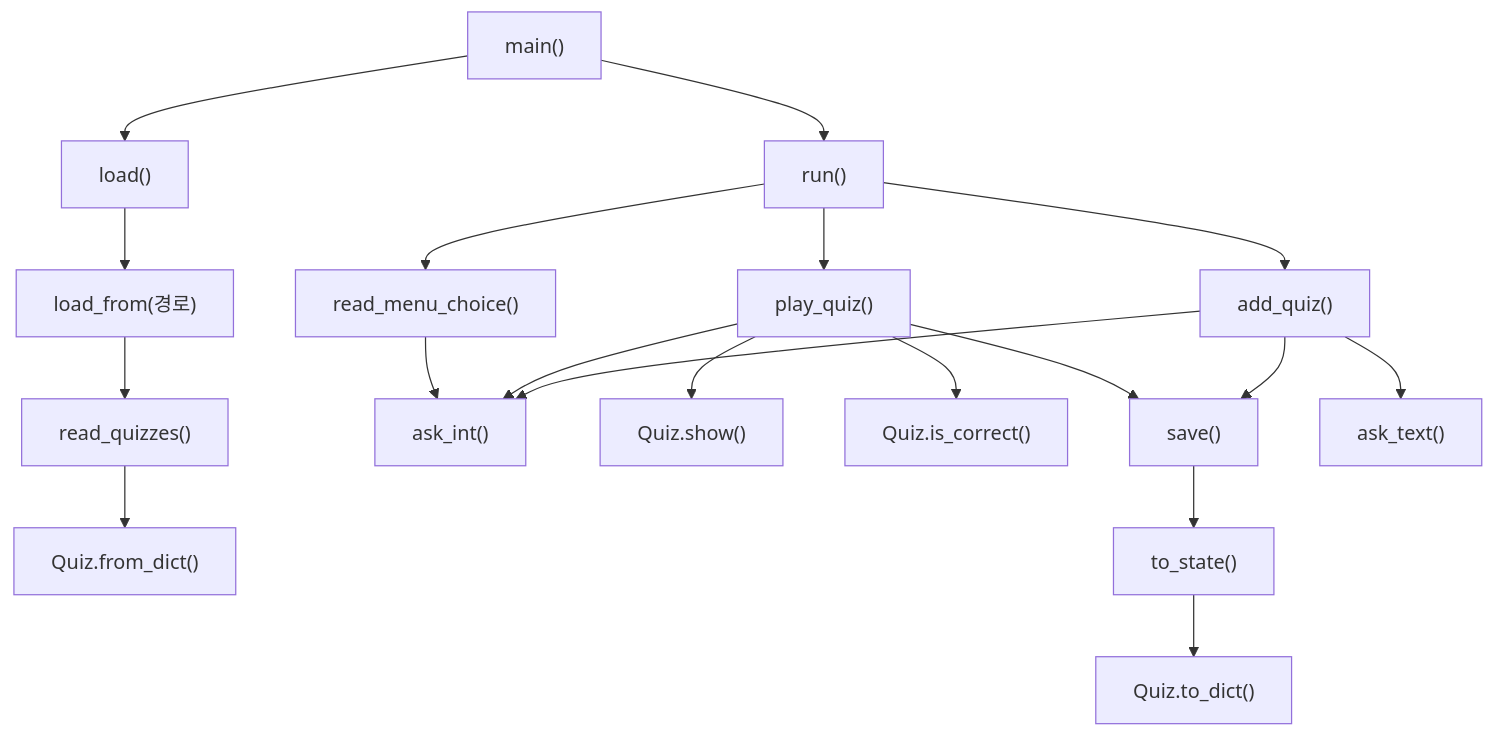
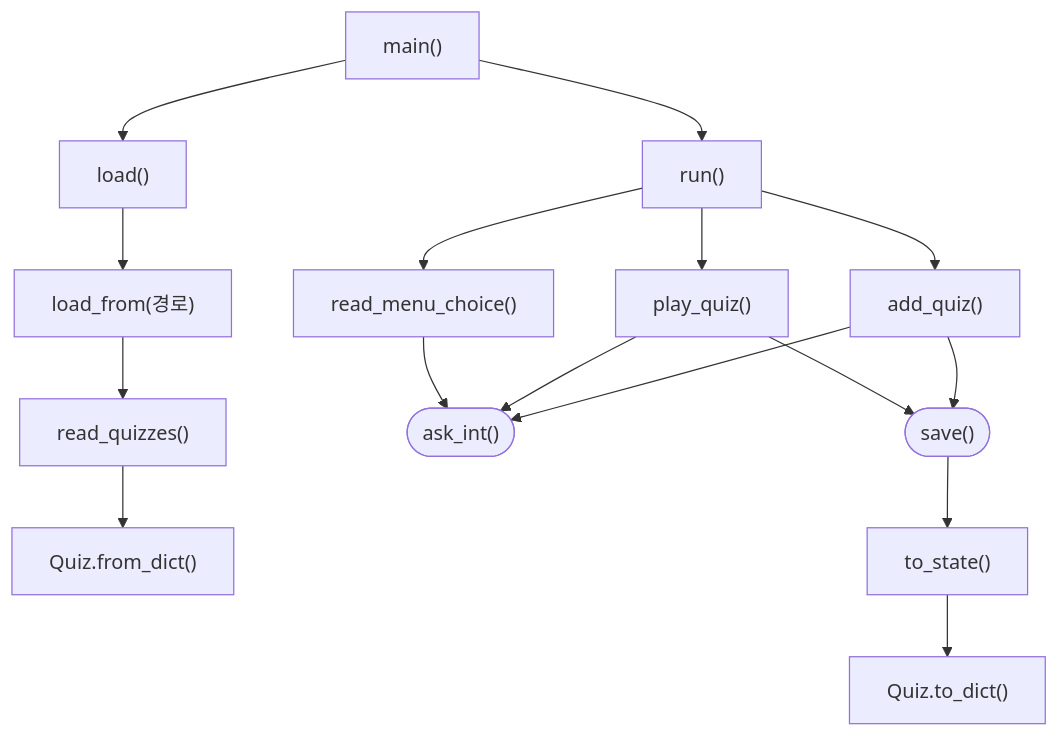
One commit to yuuri03/codyssey changed the fifth of 9 diagrams in python-quiz-game/README.md. Above: the diagram before and after it, drawn with Mermaid. The commit also changed other lines of this file, not shown here.

Commit message:
Docs: 다이어그램에서 겹치는 선과 곁가지를 덜어 냄
- 전체 흐름에서 메뉴로 돌아오는 화살표 네 개를 한 개로 합친다
- 호출 흐름에서 곁가지 노드를 덜고 세 묶음으로 나눠 선이 덜 겹치게 한다
- 여러 곳에서 불리는 ask_int 와 save 를 다른 모양으로 표시한다

````diff
--- a/python-quiz-game/README.md
+++ b/python-quiz-game/README.md
@@ -373,21 +367,22 @@
 ```mermaid
 flowchart TD
     M["main()"] --> L["load()"]
     M --> R["run()"]
+
     L --> LF["load_from(경로)"]
     LF --> RQ["read_quizzes()"]
     RQ --> FD["Quiz.from_dict()"]
+
     R --> RMC["read_menu_choice()"]
     R --> PQ["play_quiz()"]
     R --> AQ["add_quiz()"]
-    RMC --> AI["ask_int()"]
-    PQ --> SH["Quiz.show()"]
-    PQ --> IC["Quiz.is_correct()"]
+
+    RMC --> AI(["ask_int()"])
     PQ --> AI
-    PQ --> SV["save()"]
-    AQ --> AT["ask_text()"]
     AQ --> AI
+
+    PQ --> SV(["save()"])
     AQ --> SV
     SV --> TS["to_state()"]
     TS --> TD["Quiz.to_dict()"]
 ```
````
